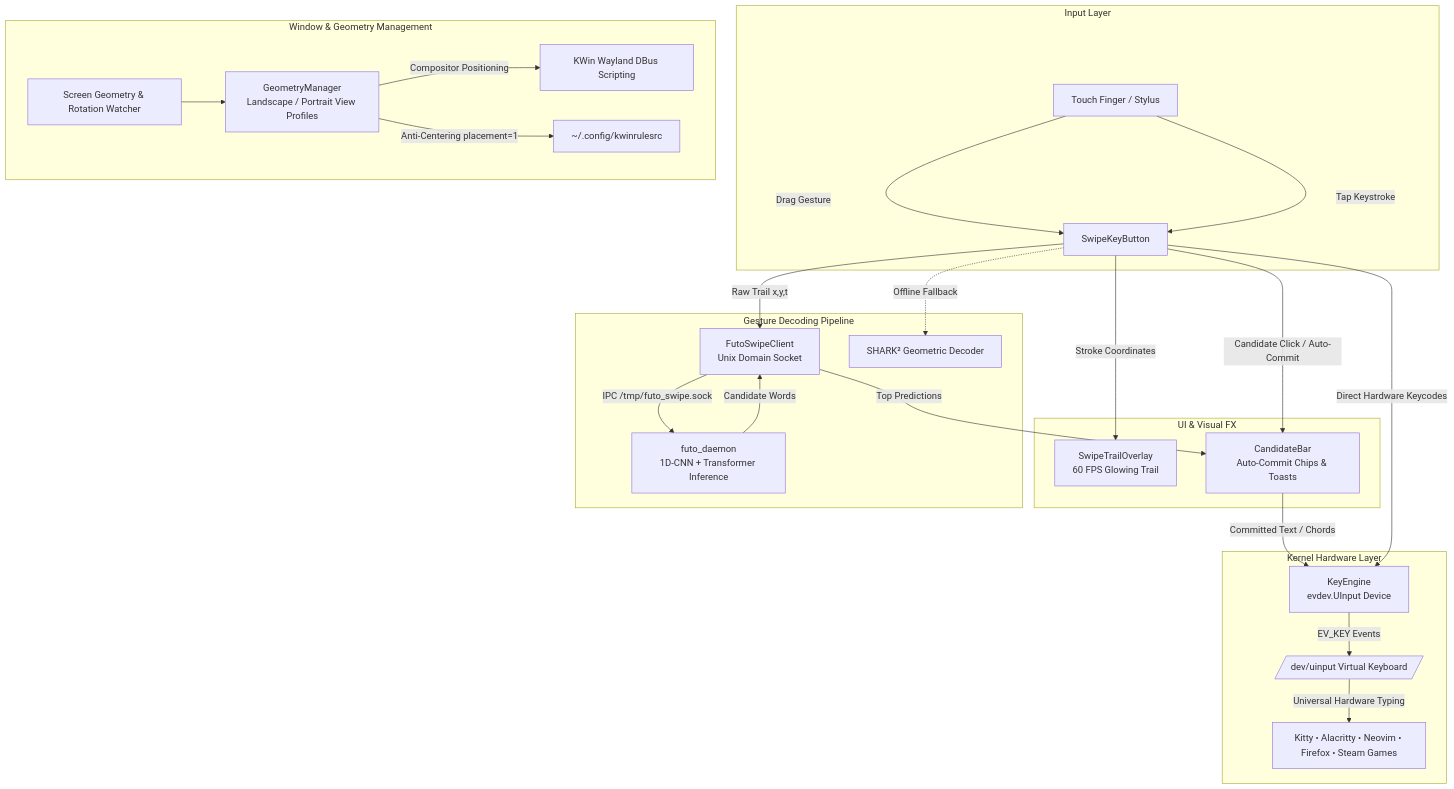
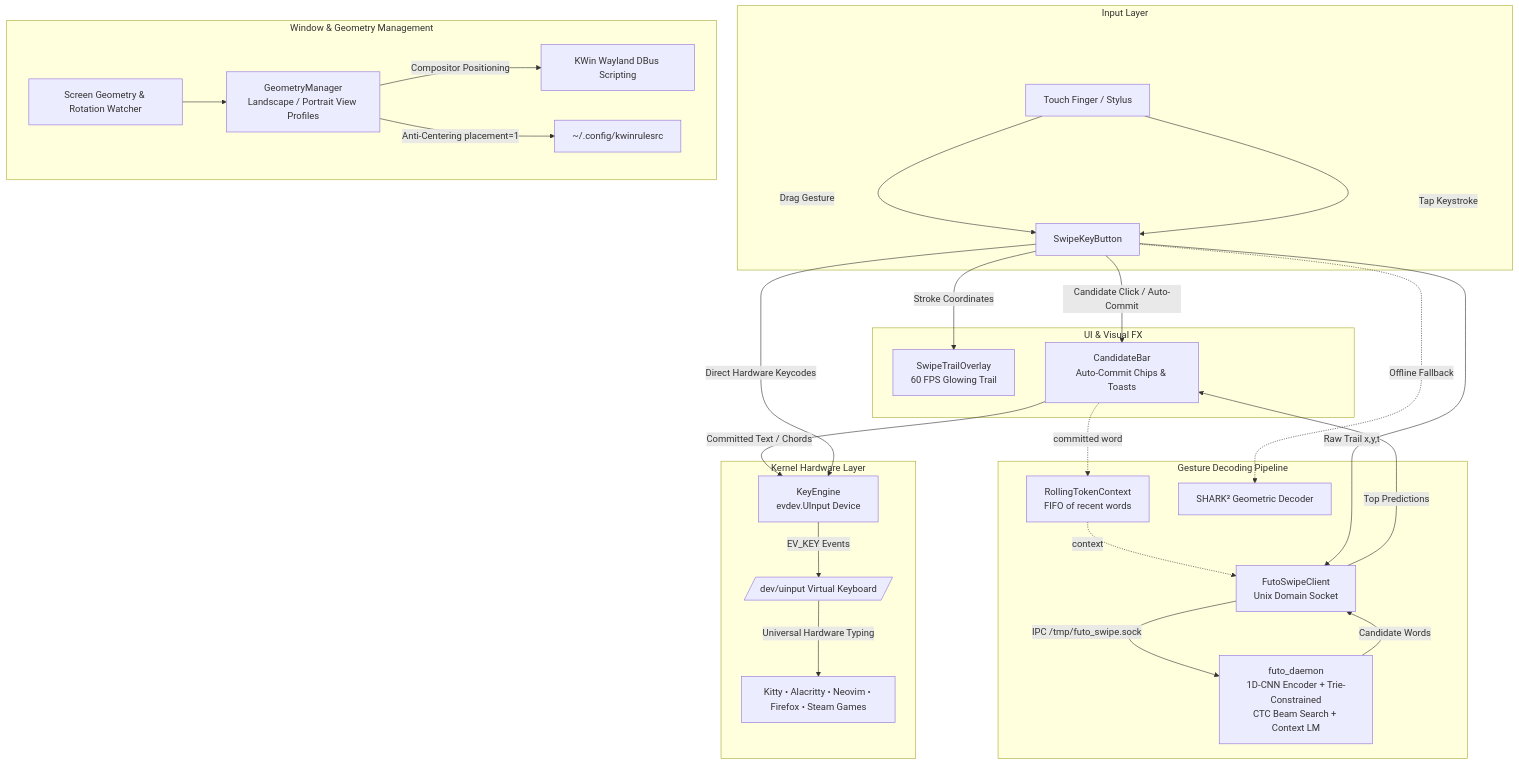
The diagram in README.md (b0id/aurora-keyboard), drawn with Mermaid before and after one commit. The commit also changed other lines of this file, not shown here.

First line of the commit message:
docs: Correct swipe model description in README, add measured numbers

````diff
--- a/README.md
+++ b/README.md
@@ -126,33 +128,35 @@
 ```mermaid
 flowchart TD
     subgraph Input Layer
         Touch[Touch Finger / Stylus] -->|Drag Gesture| Btn[SwipeKeyButton]
         Touch -->|Tap Keystroke| Btn
     end
 
     subgraph UI & Visual FX
         Btn -->|Stroke Coordinates| Trail[SwipeTrailOverlay<br/>60 FPS Glowing Trail]
         Btn -->|Candidate Click / Auto-Commit| Bar[CandidateBar<br/>Auto-Commit Chips & Toasts]
     end
 
     subgraph Gesture Decoding Pipeline
+        Ctx[RollingTokenContext<br/>FIFO of recent words] -.->|context| Client
         Btn -->|Raw Trail x,y,t| Client[FutoSwipeClient<br/>Unix Domain Socket]
-        Client -->|IPC /tmp/futo_swipe.sock| Daemon[futo_daemon<br/>1D-CNN + Transformer Inference]
+        Client -->|IPC /tmp/futo_swipe.sock| Daemon[futo_daemon<br/>1D-CNN Encoder + Trie-Constrained<br/>CTC Beam Search + Context LM]
         Daemon -->|Candidate Words| Client
         Client -->|Top Predictions| Bar
+        Bar -.->|committed word| Ctx
         Btn -.->|Offline Fallback| Fallback[SHARK² Geometric Decoder]
     end
 
     subgraph Kernel Hardware Layer
         Bar -->|Committed Text / Chords| Engine[KeyEngine<br/>evdev.UInput Device]
         Btn -->|Direct Hardware Keycodes| Engine
         Engine -->|EV_KEY Events| Kernel[/dev/uinput Virtual Keyboard/]
         Kernel -->|Universal Hardware Typing| Apps[Kitty • Alacritty • Neovim • Firefox • Steam Games]
     end
 
     subgraph Window & Geometry Management
         Screen[Screen Geometry & Rotation Watcher] --> GeoMgr[GeometryManager<br/>Landscape / Portrait View Profiles]
         GeoMgr -->|Compositor Positioning| KWin[KWin Wayland DBus Scripting]
         GeoMgr -->|Anti-Centering placement=1| KWinRules[~/.config/kwinrulesrc]
     end
 ```
````
